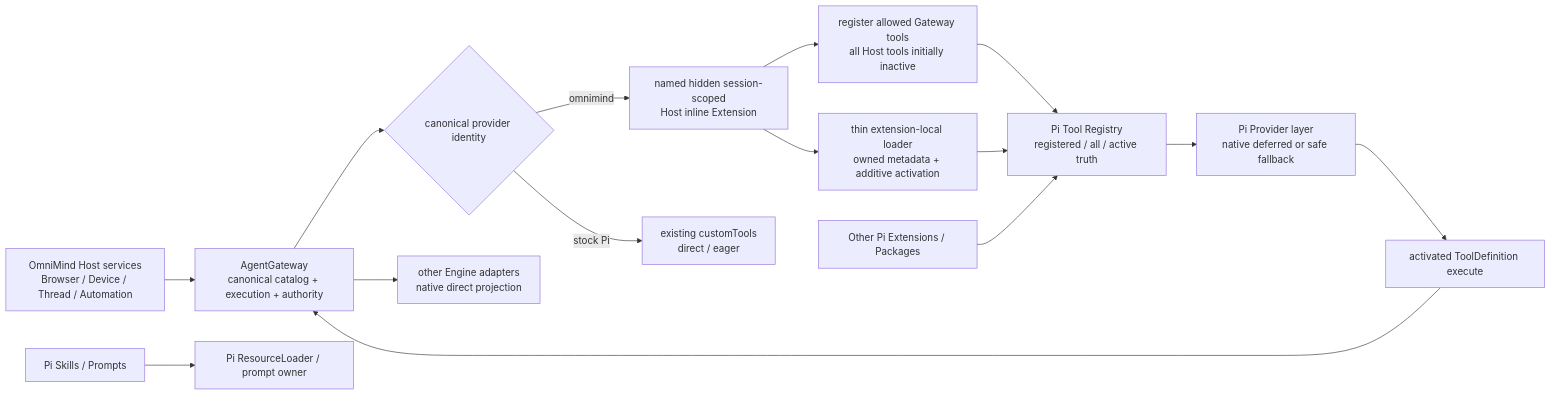
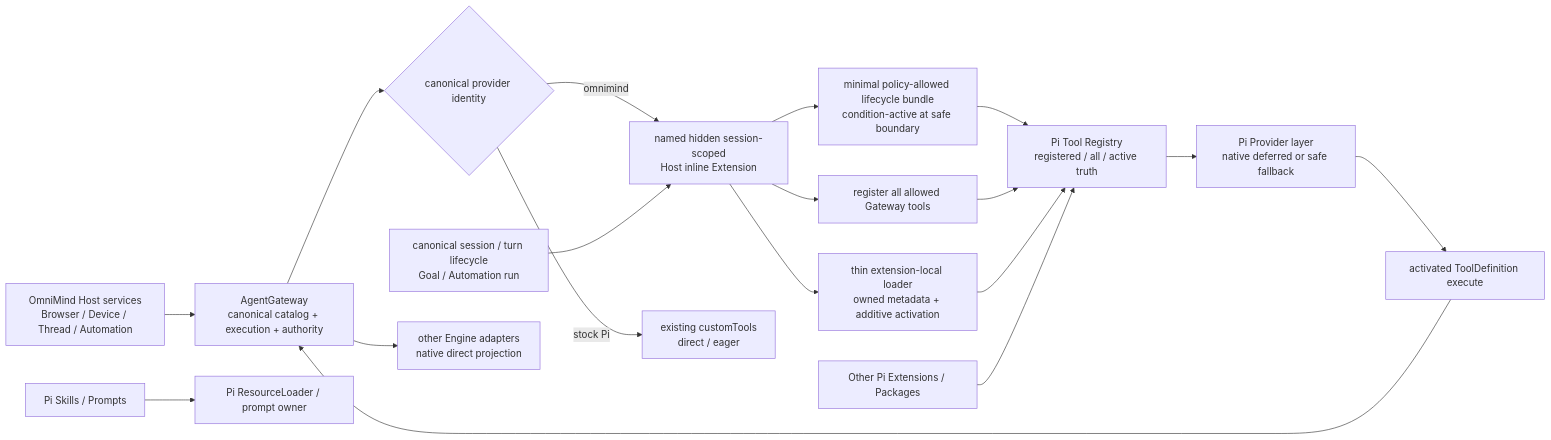
One commit to piai-lab/Haros changed the diagram in research/pi-native-host-tool-loading-review.md. Above: the diagram before and after it, drawn with Mermaid. The commit also changed other lines of this file and 15 other files, not shown here.

Commit message:
docs(architecture): align Pi extension ownership

````diff
--- a/research/pi-native-host-tool-loading-review.md
+++ b/research/pi-native-host-tool-loading-review.md
@@ -154,19 +162,22 @@
 ```mermaid
 flowchart LR
     H["OmniMind Host services<br/>Browser / Device / Thread / Automation"]
     G["AgentGateway<br/>canonical catalog + execution + authority"]
     H --> G
     G --> I{"canonical provider identity"}
     I -->|omnimind| X["named hidden session-scoped<br/>Host inline Extension"]
-    X --> T["register allowed Gateway tools<br/>all Host tools initially inactive"]
+    X --> T["register all allowed Gateway tools"]
     X --> L["thin extension-local loader<br/>owned metadata + additive activation"]
+    C["canonical session / turn lifecycle<br/>Goal / Automation run"] --> X
+    X --> B["minimal policy-allowed lifecycle bundle<br/>condition-active at safe boundary"]
+    B --> R
     T --> R["Pi Tool Registry<br/>registered / all / active truth"]
     L --> R
     R --> W["Pi Provider layer<br/>native deferred or safe fallback"]
     W --> E["activated ToolDefinition execute"]
     E --> G
     I -->|stock Pi| P["existing customTools<br/>direct / eager"]
     G --> N["other Engine adapters<br/>native direct projection"]
     Q["Other Pi Extensions / Packages"] --> R
     S["Pi Skills / Prompts"] --> U["Pi ResourceLoader / prompt owner"]
 ```
````
